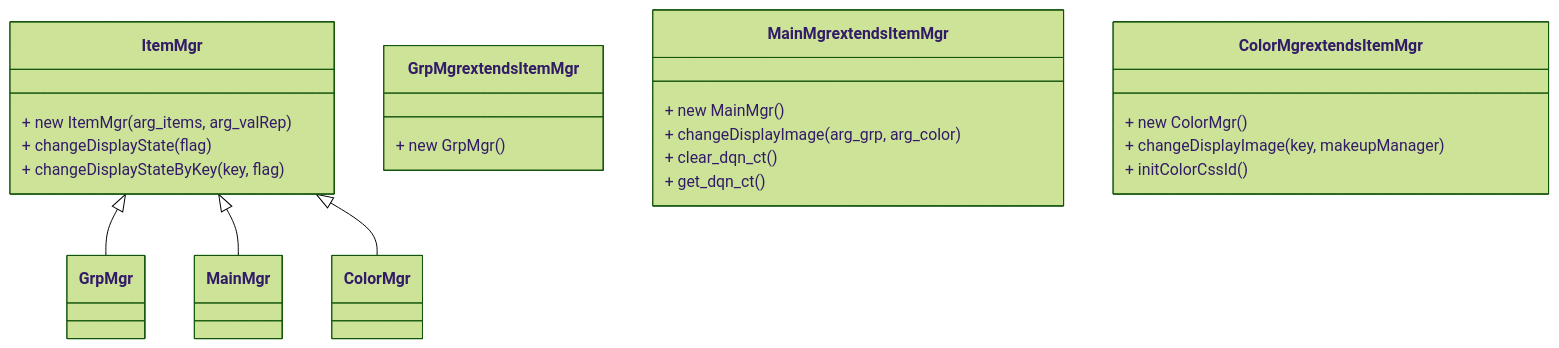
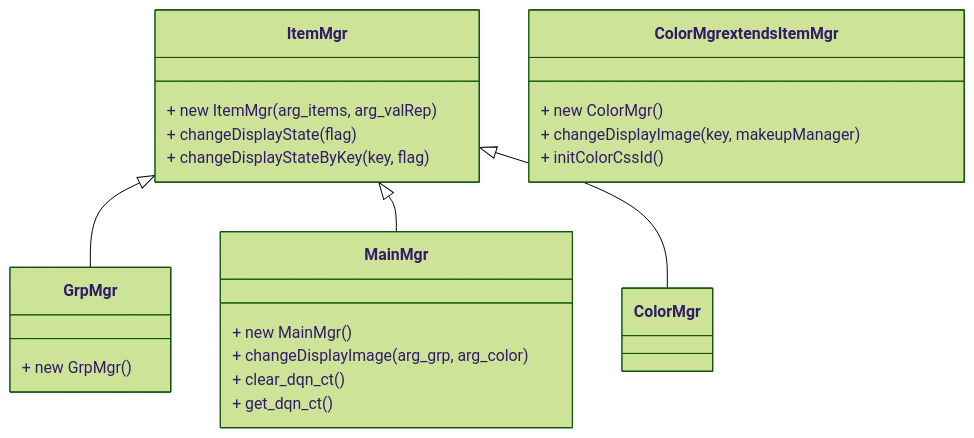
The fourth of 4 diagrams in classDiagram.md (data2coordi/pub_makeup), drawn with Mermaid (forest theme) before and after one commit. The commit also changed other lines of this file, not shown here.

````diff
--- a/classDiagram.md
+++ b/classDiagram.md
@@ -126,31 +126,31 @@
 ```mermaid
 classDiagram
 
 ItemMgr <|-- GrpMgr
 ItemMgr <|-- MainMgr
 ItemMgr <|-- ColorMgr
 
 
 class ItemMgr {
 + new ItemMgr(arg_items, arg_valRep)
 + changeDisplayState(flag)
 + changeDisplayStateByKey(key, flag)
 }
 
-class GrpMgr extends ItemMgr {
+class GrpMgr  {
 + new GrpMgr()
 }
 
-class MainMgr extends ItemMgr {
+class MainMgr  {
 + new MainMgr()
 + changeDisplayImage(arg_grp, arg_color)
 + clear_dqn_ct()
 + get_dqn_ct()
 }
 
 class ColorMgr extends ItemMgr {
 + new ColorMgr()
 + changeDisplayImage(key, makeupManager)
 + initColorCssId()
 }
 ```
````
